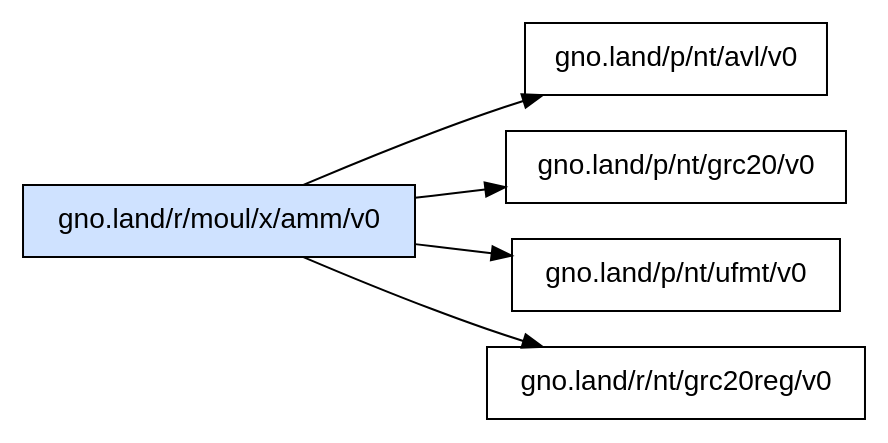
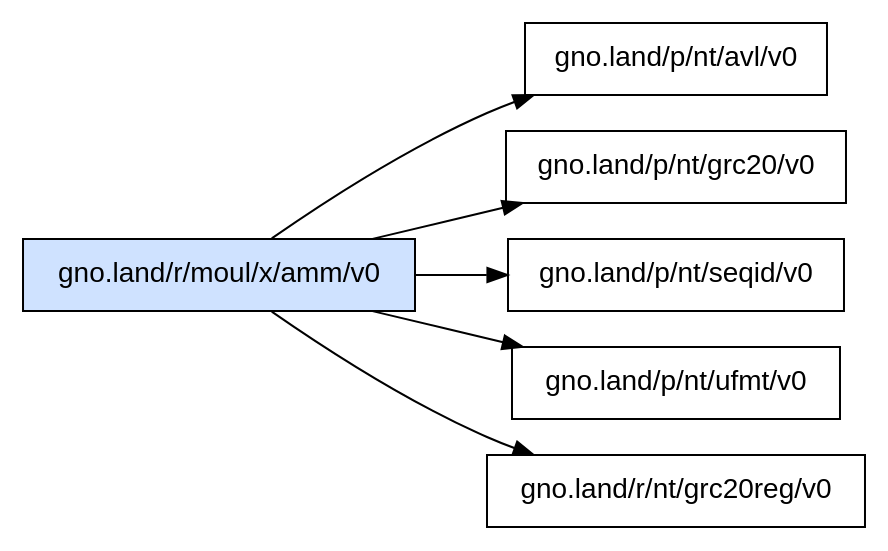
One commit to moul/gno-contracts changed the diagram in _assets/gno.land/r/moul/x/amm/v0/deps.dot. Above: the diagram before and after it, drawn with Graphviz. The commit also changed 11 other files, not shown here.

Commit message:
chore: regenerate catalog, graphs and on-chain status [skip ci]

```diff
--- a/_assets/gno.land/r/moul/x/amm/v0/deps.dot
+++ b/_assets/gno.land/r/moul/x/amm/v0/deps.dot
@@ -1,9 +1,10 @@
 digraph deps {
   rankdir=LR;
   node [shape=box, fontname="sans-serif"];
   "gno.land/r/moul/x/amm/v0" [style=filled, fillcolor="#cfe2ff"];
   "gno.land/r/moul/x/amm/v0" -> "gno.land/p/nt/avl/v0";
   "gno.land/r/moul/x/amm/v0" -> "gno.land/p/nt/grc20/v0";
+  "gno.land/r/moul/x/amm/v0" -> "gno.land/p/nt/seqid/v0";
   "gno.land/r/moul/x/amm/v0" -> "gno.land/p/nt/ufmt/v0";
   "gno.land/r/moul/x/amm/v0" -> "gno.land/r/nt/grc20reg/v0";
 }
```
